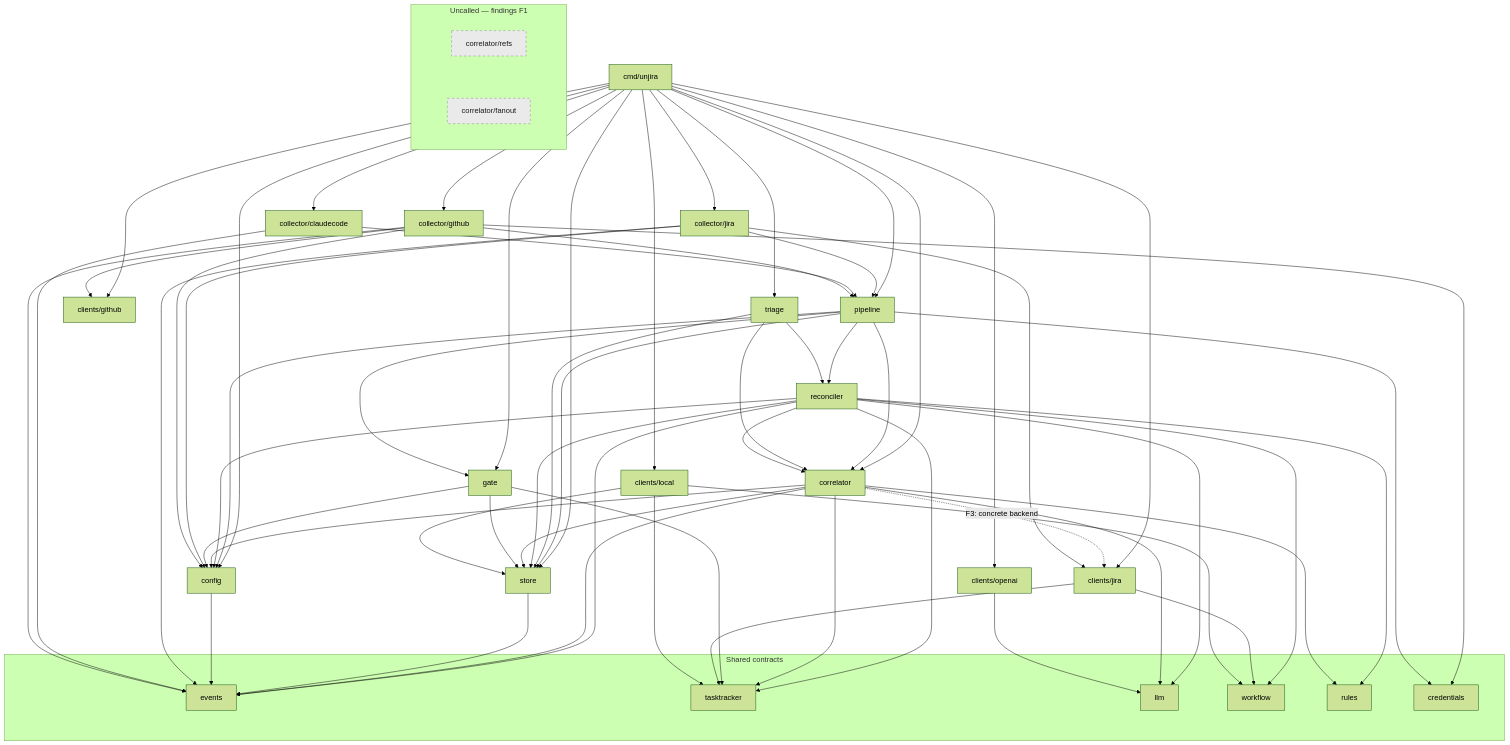
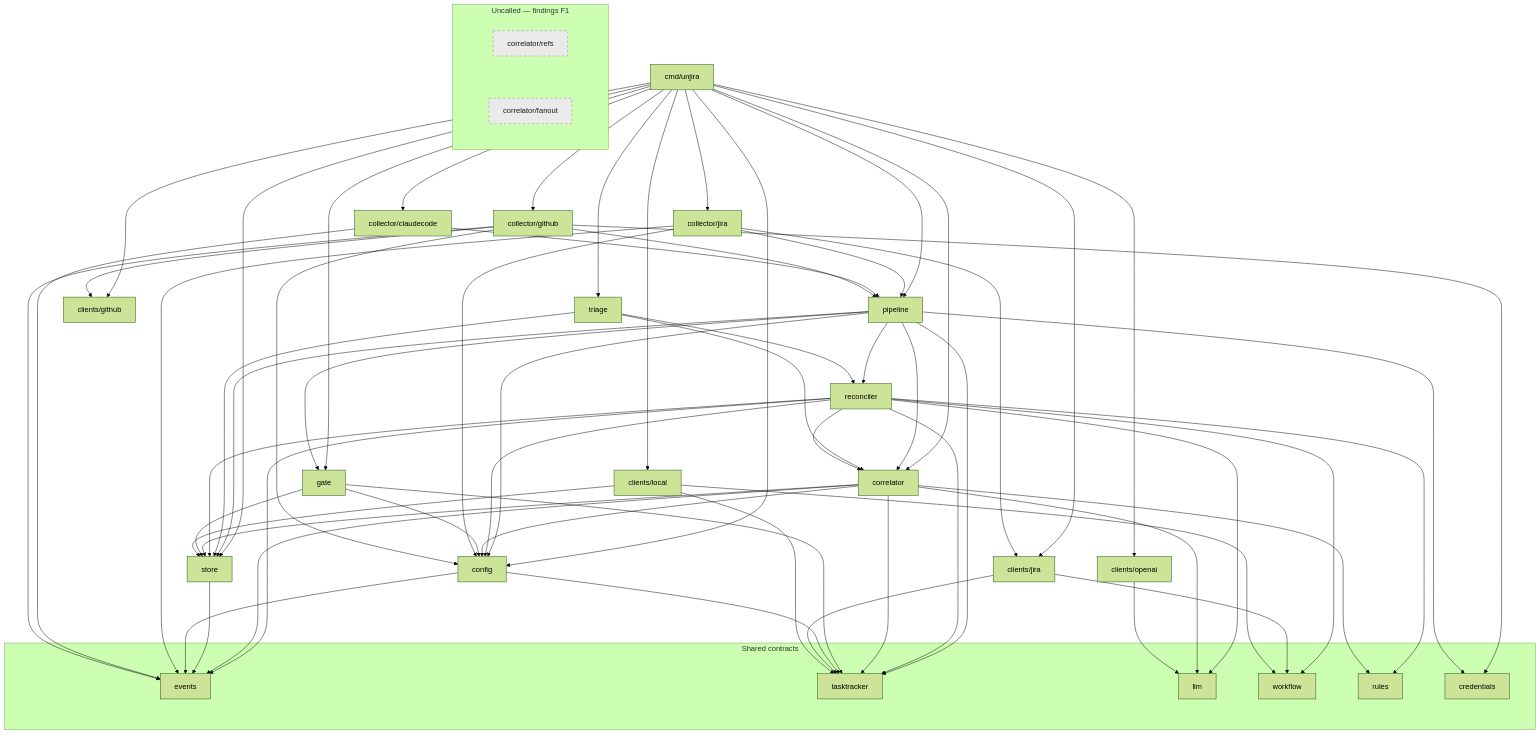
Before and after one commit to jcogilvie/unjira: the fourth of 4 diagrams in docs/architecture.md, drawn with Mermaid (forest theme). The commit also changed other lines of this file and 38 other files, not shown here.

````diff
--- a/docs/architecture.md
+++ b/docs/architecture.md
@@ -339,58 +345,57 @@
 ```mermaid
 ---
 config:
   nodeSpacing: 90
   rankSpacing: 130
 ---
 flowchart TB
     CMD["cmd/unjira"]
     PIPE["pipeline"]
     TRIAGE["triage"]
     RECON["reconciler"]
     CORR["correlator"]
     GATE["gate"]
     STORE["store"]
     CONFIG["config"]
     CJIRA["clients/jira"]
     CGH["clients/github"]
     CLOCAL["clients/local"]
     COAI["clients/openai"]
     COLLJ["collector/jira"]
     COLLC["collector/claudecode"]
     COLLGH["collector/github"]
 
     subgraph contracts["Shared contracts"]
         EVENTS["events"]
         TT["tasktracker"]
         LLM["llm"]
         WF["workflow"]
         RULES["rules"]
         CRED["credentials"]
     end
 
     subgraph orphans["Uncalled — findings F1"]
         REFS["correlator/refs"]
         FANOUT["correlator/fanout"]
     end
 
     CMD --> PIPE & TRIAGE & GATE & CORR & STORE & CONFIG
     CMD --> CJIRA & CGH & CLOCAL & COAI & COLLJ & COLLC & COLLGH
-    PIPE --> RECON & CORR & GATE & STORE & CONFIG
+    PIPE --> RECON & CORR & GATE & STORE & CONFIG & TT
     TRIAGE --> RECON & CORR & STORE
     RECON --> CORR & STORE & CONFIG & WF & LLM & RULES & EVENTS & TT
     CORR --> STORE & CONFIG & LLM & RULES & EVENTS & TT
-    CORR -.->|"F3: concrete backend"| CJIRA
     GATE --> STORE & CONFIG & TT
     STORE --> EVENTS
-    CONFIG --> EVENTS
+    CONFIG --> EVENTS & TT
     CJIRA --> TT & WF
     CLOCAL --> STORE & TT & WF
     COAI --> LLM
     COLLJ --> CJIRA & CONFIG & EVENTS & PIPE
     COLLC --> EVENTS & PIPE
     COLLGH --> CGH & CONFIG & EVENTS & PIPE & CRED
     PIPE --> CRED
 
     classDef orphan fill:#eaeaea,stroke:#888,stroke-dasharray: 5 5,color:#1a1a1a
     class REFS,FANOUT orphan
 ```
````
